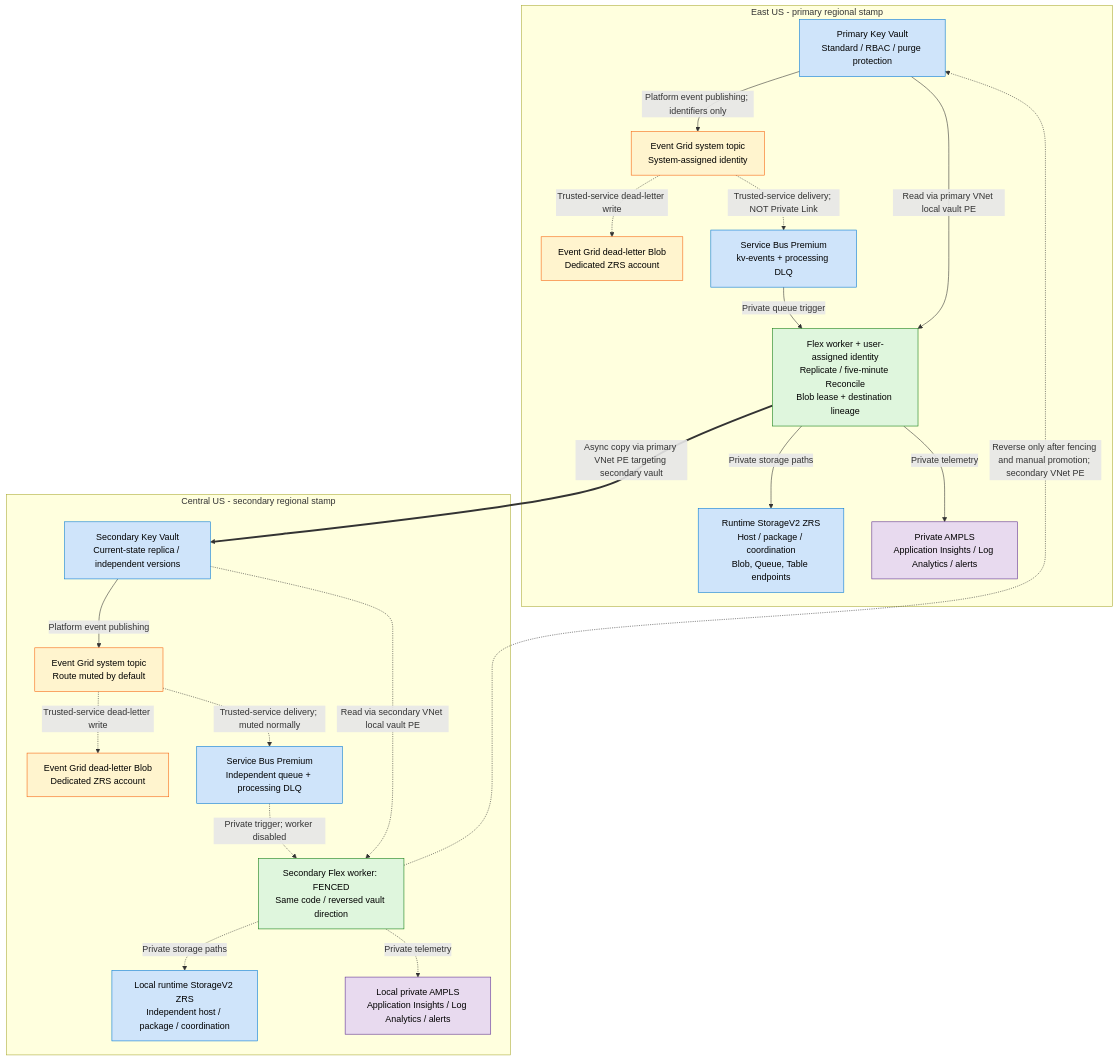
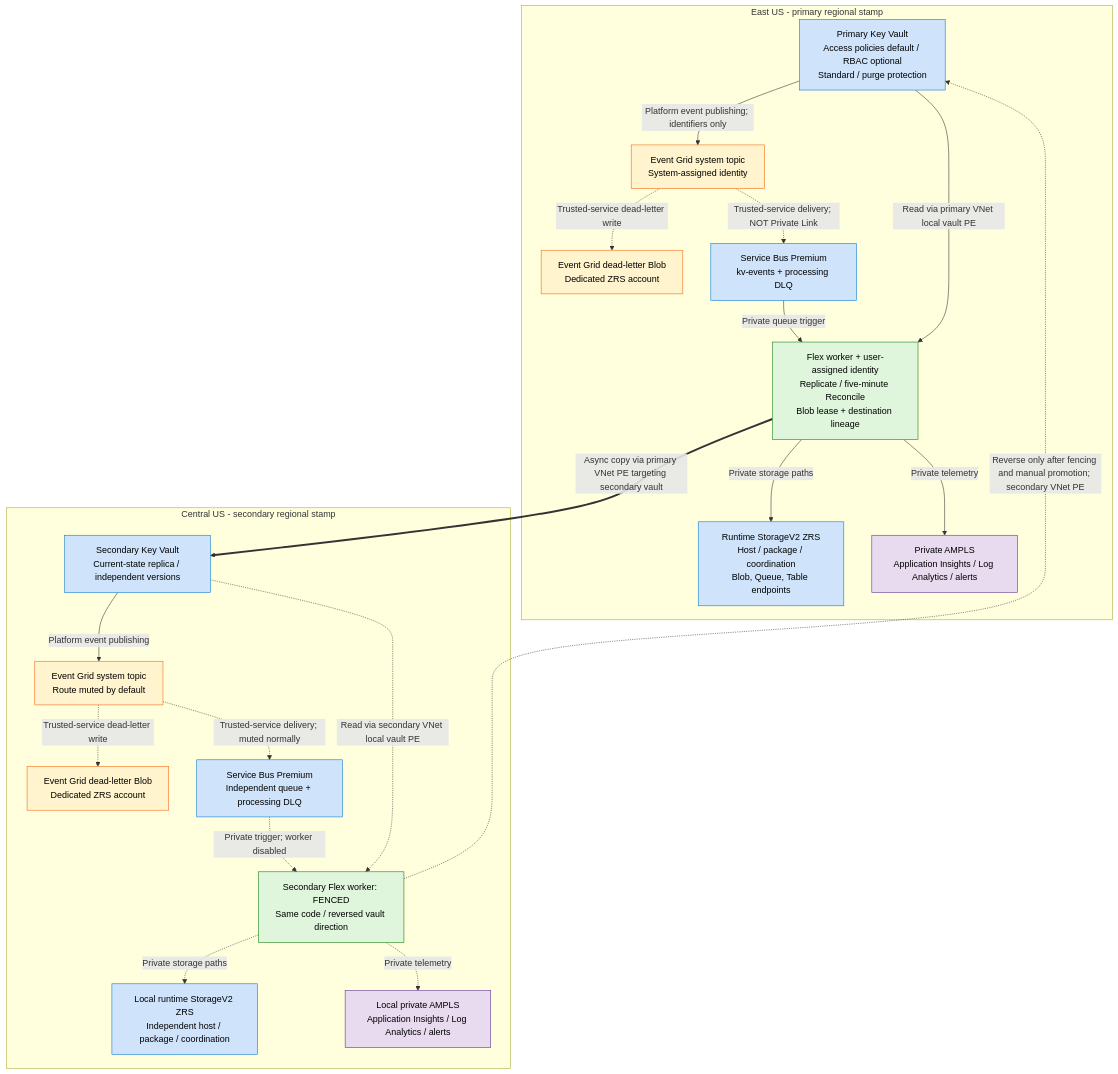
Before and after one commit to bmkinney/KeyVault-MultiRegion-Replication-Private-Bicep: the diagram in docs/architecture.md, drawn with Mermaid. The commit also changed other lines of this file and 22 other files, not shown here.

````diff
--- a/docs/architecture.md
+++ b/docs/architecture.md
@@ -19,45 +19,45 @@
 ```mermaid
 flowchart TB
   subgraph P["East US - primary regional stamp"]
-    PV["Primary Key Vault<br/>Standard / RBAC / purge protection"]
+    PV["Primary Key Vault<br/>Access policies default / RBAC optional<br/>Standard / purge protection"]
     PEG["Event Grid system topic<br/>System-assigned identity"]
     PD["Event Grid dead-letter Blob<br/>Dedicated ZRS account"]
     PB["Service Bus Premium<br/>kv-events + processing DLQ"]
     PW["Flex worker + user-assigned identity<br/>Replicate / five-minute Reconcile<br/>Blob lease + destination lineage"]
     PS["Runtime StorageV2 ZRS<br/>Host / package / coordination<br/>Blob, Queue, Table endpoints"]
     PM["Private AMPLS<br/>Application Insights / Log Analytics / alerts"]
     PV -->|"Platform event publishing; identifiers only"| PEG
     PEG -.->|"Trusted-service delivery; NOT Private Link"| PB
     PEG -.->|"Trusted-service dead-letter write"| PD
     PB -->|"Private queue trigger"| PW
     PV -->|"Read via primary VNet local vault PE"| PW
     PW -->|"Private storage paths"| PS
     PW -->|"Private telemetry"| PM
   end
   subgraph S["Central US - secondary regional stamp"]
     SV["Secondary Key Vault<br/>Current-state replica / independent versions"]
     SEG["Event Grid system topic<br/>Route muted by default"]
     SD["Event Grid dead-letter Blob<br/>Dedicated ZRS account"]
     SB["Service Bus Premium<br/>Independent queue + processing DLQ"]
     SW["Secondary Flex worker: FENCED<br/>Same code / reversed vault direction"]
     SS["Local runtime StorageV2 ZRS<br/>Independent host / package / coordination"]
     SM["Local private AMPLS<br/>Application Insights / Log Analytics / alerts"]
     SV -->|"Platform event publishing"| SEG
     SEG -.->|"Trusted-service delivery; muted normally"| SB
     SEG -.->|"Trusted-service dead-letter write"| SD
     SB -.->|"Private trigger; worker disabled"| SW
     SV -.->|"Read via secondary VNet local vault PE"| SW
     SW -.->|"Private storage paths"| SS
     SW -.->|"Private telemetry"| SM
   end
   PW ==>|"Async copy via primary VNet PE targeting secondary vault"| SV
   SW -.->|"Reverse only after fencing and manual promotion; secondary VNet PE"| PV
   classDef vault fill:#CFE4FA,stroke:#0078D4,color:#000;
   classDef event fill:#FFF4CE,stroke:#F7630C,color:#000;
   classDef worker fill:#DFF6DD,stroke:#107C10,color:#000;
   classDef monitor fill:#E8DAEF,stroke:#5C2D91,color:#000;
   class PV,SV,PB,SB,PS,SS vault;
   class PEG,SEG,PD,SD event;
   class PW,SW worker;
   class PM,SM monitor;
 ```
````
